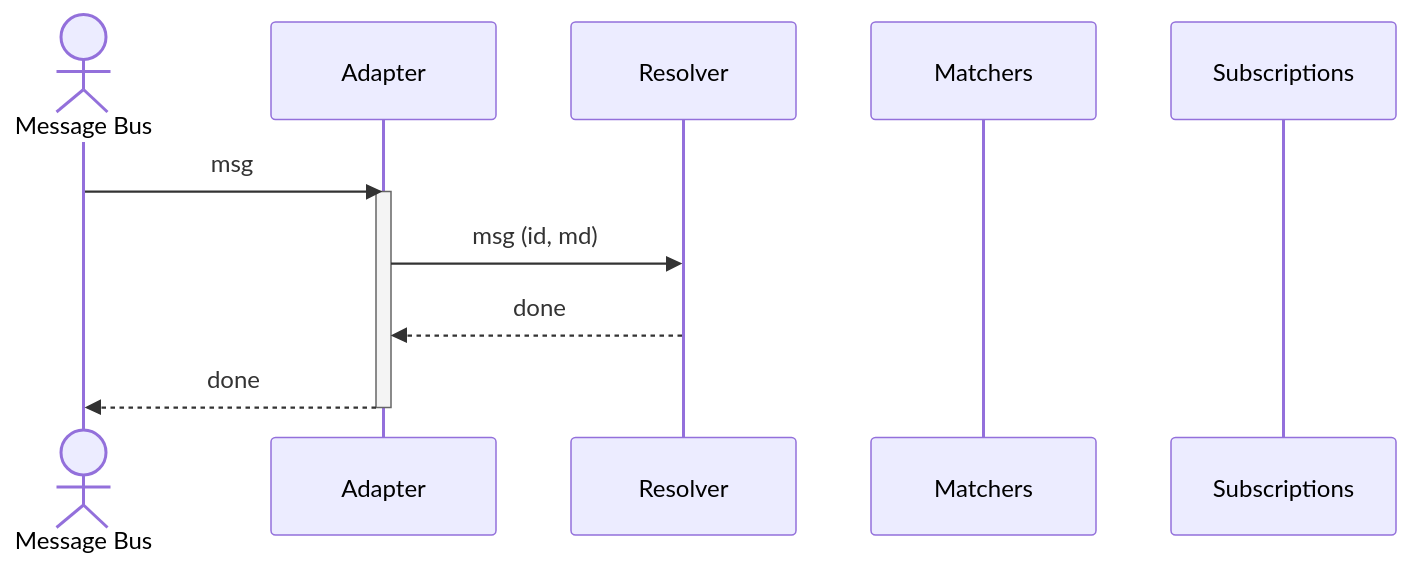
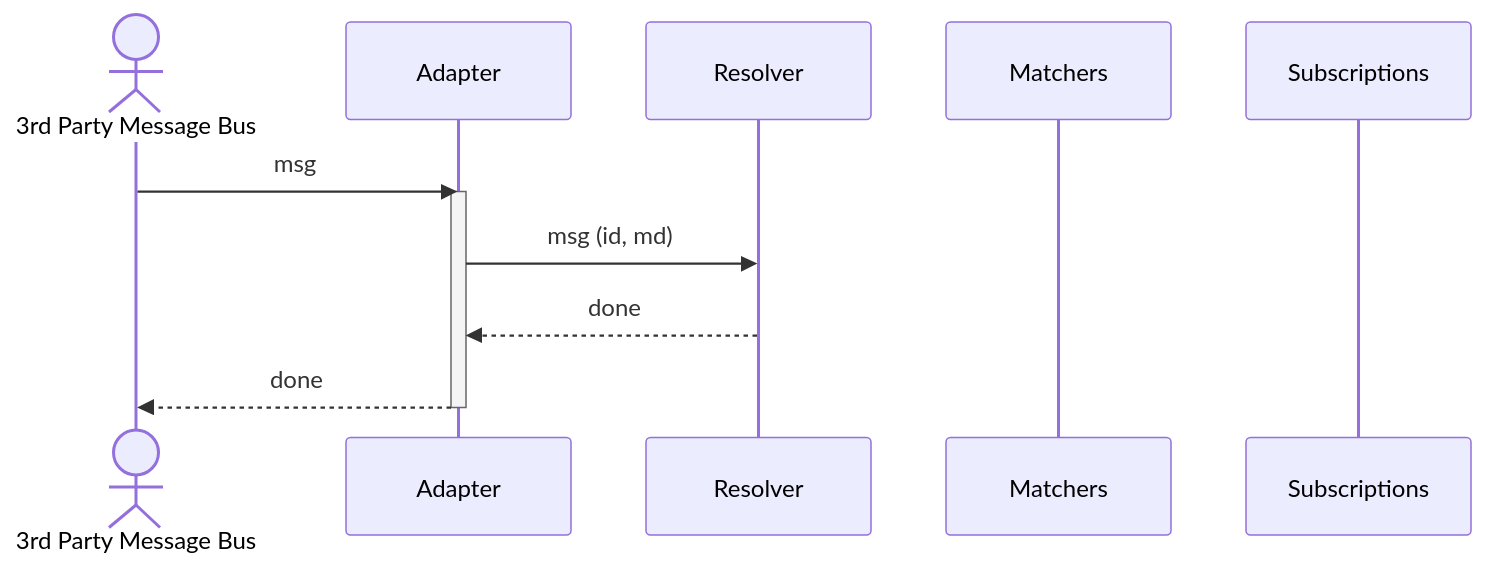
The diagram in profile/README.md (awakari/.github), drawn with Mermaid before and after one commit.

````diff
--- a/profile/README.md
+++ b/profile/README.md
@@ -13,14 +13,14 @@
 ```mermaid
 sequenceDiagram
-    actor Message Bus
+    actor 3rd Party Message Bus
     participant Adapter
     participant Resolver
     participant Matchers
     participant Subscriptions
-    Message Bus->>Adapter: msg
+    3rd Party Message Bus->>Adapter: msg
     activate Adapter
     Adapter->>Resolver: msg (id, md) 
     Resolver-->>Adapter: done
-    Adapter-->>Message Bus: done
+    Adapter-->>3rd Party Message Bus: done
     deactivate Adapter
 ```
````
